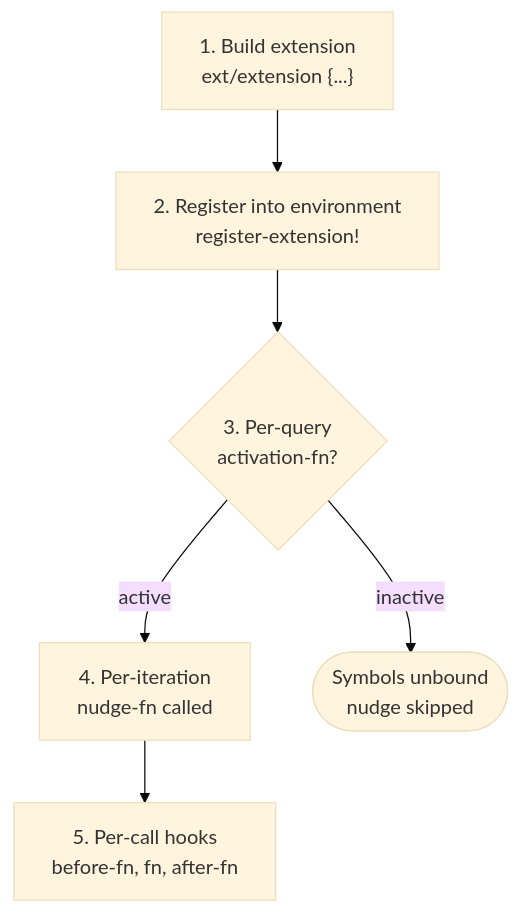
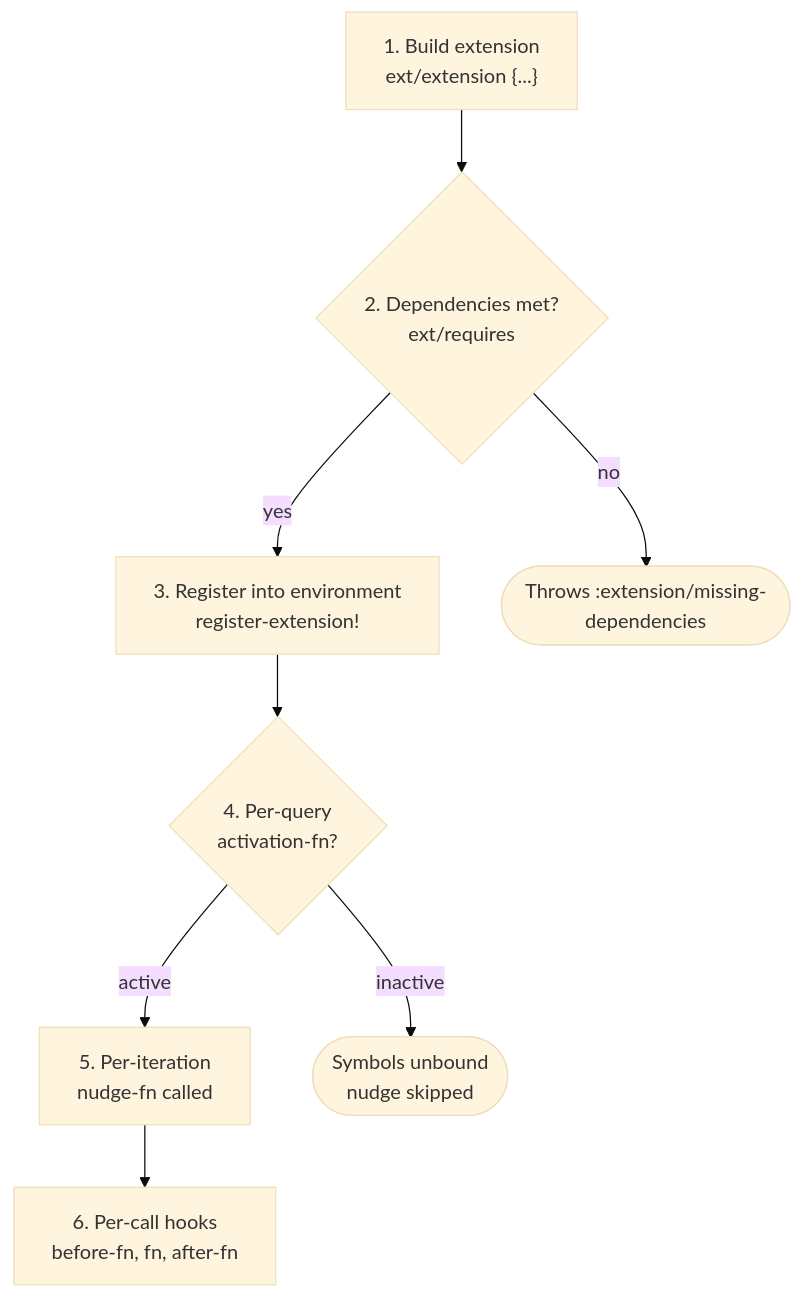
Before and after one commit to Blockether/vis: the diagram in resources/docs/src/extensions/overview.md, drawn with Mermaid (base theme). The commit also changed 3 other files, not shown here.

First line of the commit message:
Add :ext/requires — extension dependency declaration

````diff
--- a/resources/docs/src/extensions/overview.md
+++ b/resources/docs/src/extensions/overview.md
@@ -21,9 +21,12 @@
 ```mermaid
 flowchart TD
-    Build["1. Build extension<br/>ext/extension {...}"] --> Register
-    Register["2. Register into environment<br/>register-extension!"] --> Activate
-    Activate{"3. Per-query<br/>activation-fn?"}
-    Activate -->|active| Nudge["4. Per-iteration<br/>nudge-fn called"]
+    Build["1. Build extension<br/>ext/extension {...}"] --> Deps
+    Deps{"2. Dependencies met?<br/>ext/requires"}
+    Deps -->|yes| Register["3. Register into environment<br/>register-extension!"]
+    Deps -->|no| Fail(["Throws :extension/missing-dependencies"])
+    Register --> Activate
+    Activate{"4. Per-query<br/>activation-fn?"}
+    Activate -->|active| Nudge["5. Per-iteration<br/>nudge-fn called"]
     Activate -->|inactive| Skip(["Symbols unbound<br/>nudge skipped"])
-    Nudge --> Hooks["5. Per-call hooks<br/>before-fn, fn, after-fn"]
+    Nudge --> Hooks["6. Per-call hooks<br/>before-fn, fn, after-fn"]
 ```
````
